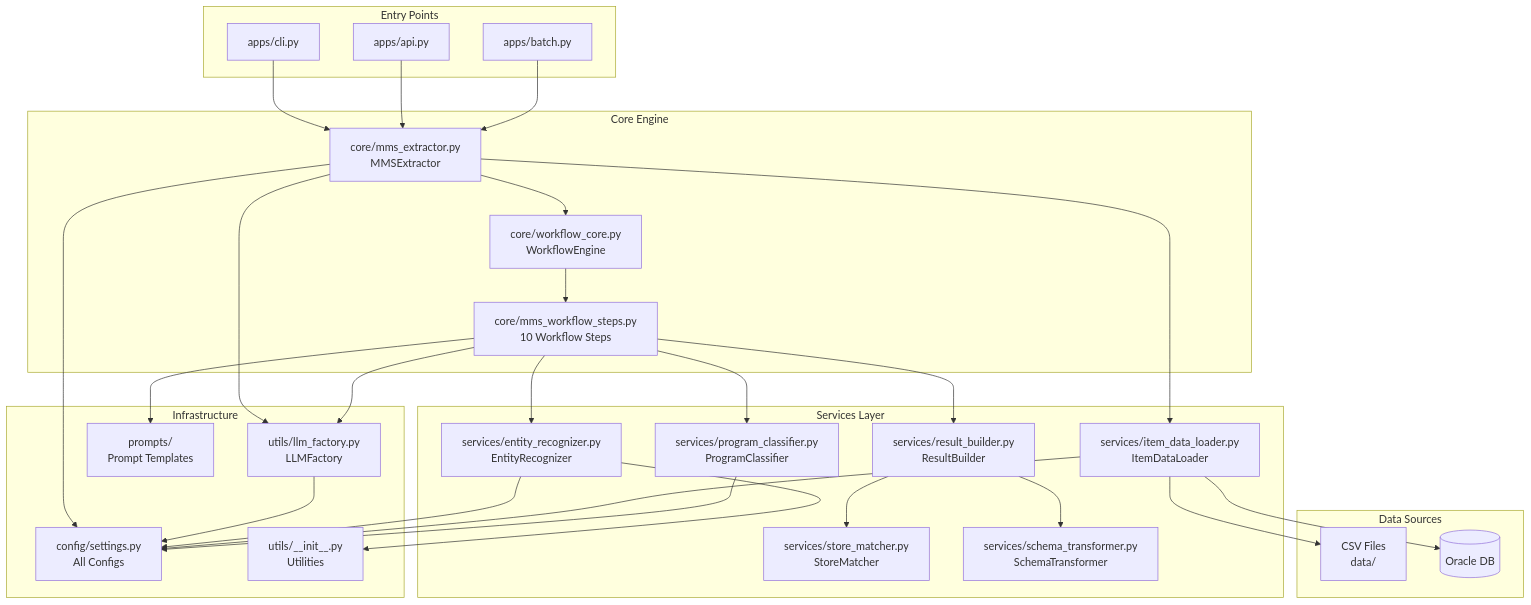
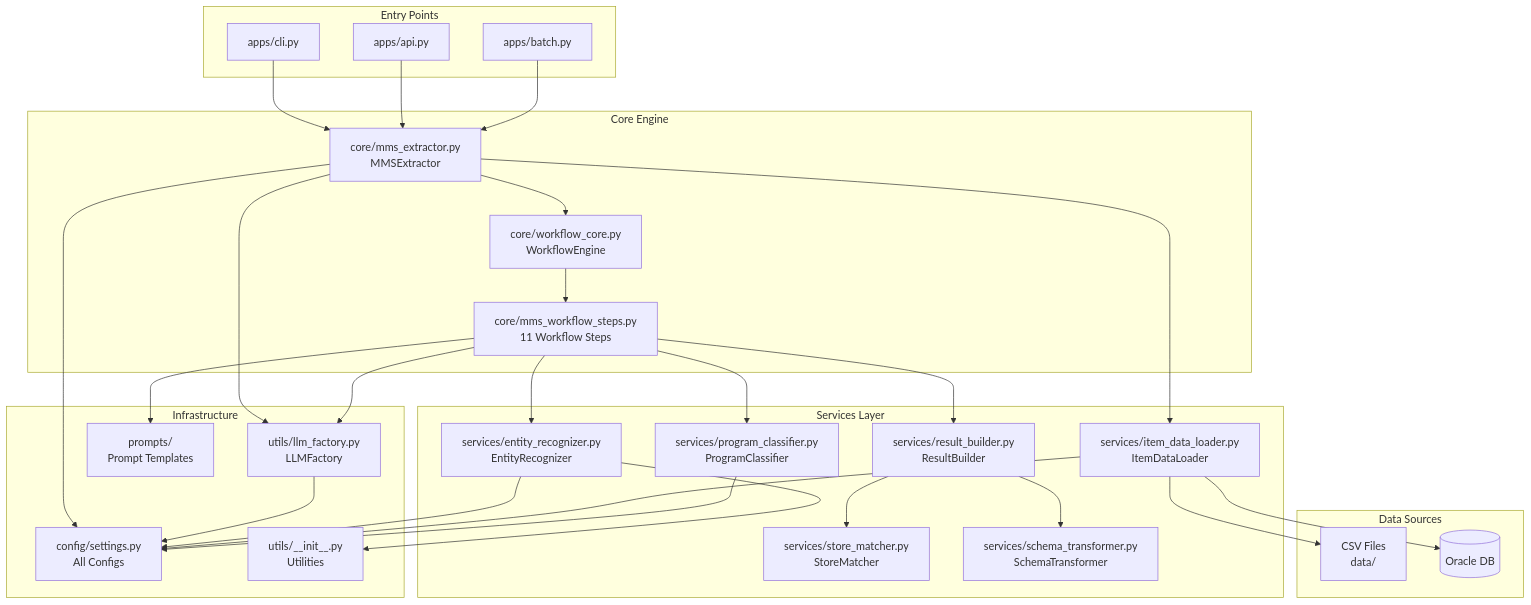
One commit to yonggoghi/AgenticWorkflow changed the diagram in mms_extractor_exp/docs/QUICK_REFERENCE.md. Above: the diagram before and after it, drawn with Mermaid. The commit also changed other lines of this file and 9 other files, not shown here.

````diff
--- a/mms_extractor_exp/docs/QUICK_REFERENCE.md
+++ b/mms_extractor_exp/docs/QUICK_REFERENCE.md
@@ -55,67 +55,67 @@
 ```mermaid
 graph TB
     subgraph "Entry Points"
         CLI[apps/cli.py]
         API[apps/api.py]
         BATCH[apps/batch.py]
     end
     
     subgraph "Core Engine"
         MMSExtractor[core/mms_extractor.py<br/>MMSExtractor]
         WorkflowEngine[core/workflow_core.py<br/>WorkflowEngine]
-        WorkflowSteps[core/mms_workflow_steps.py<br/>10 Workflow Steps]
+        WorkflowSteps[core/mms_workflow_steps.py<br/>11 Workflow Steps]
     end
     
     subgraph "Services Layer"
         EntityRecognizer[services/entity_recognizer.py<br/>EntityRecognizer]
         ResultBuilder[services/result_builder.py<br/>ResultBuilder]
         ProgramClassifier[services/program_classifier.py<br/>ProgramClassifier]
         StoreMatcher[services/store_matcher.py<br/>StoreMatcher]
         ItemDataLoader[services/item_data_loader.py<br/>ItemDataLoader]
         SchemaTransformer[services/schema_transformer.py<br/>SchemaTransformer]
     end
     
     subgraph "Infrastructure"
         LLMFactory[utils/llm_factory.py<br/>LLMFactory]
         Config[config/settings.py<br/>All Configs]
         Prompts[prompts/<br/>Prompt Templates]
         Utils[utils/__init__.py<br/>Utilities]
     end
     
     subgraph "Data Sources"
         CSV[CSV Files<br/>data/]
         DB[(Oracle DB)]
     end
     
     CLI --> MMSExtractor
     API --> MMSExtractor
     BATCH --> MMSExtractor
     
     MMSExtractor --> WorkflowEngine
     MMSExtractor --> ItemDataLoader
     MMSExtractor --> LLMFactory
     MMSExtractor --> Config
     
     WorkflowEngine --> WorkflowSteps
     
     WorkflowSteps --> EntityRecognizer
     WorkflowSteps --> ProgramClassifier
     WorkflowSteps --> ResultBuilder
     
     EntityRecognizer --> Utils
     EntityRecognizer --> Config
     
     ResultBuilder --> StoreMatcher
     ResultBuilder --> SchemaTransformer
     
     LLMFactory --> Config
     
     WorkflowSteps --> Prompts
     WorkflowSteps --> LLMFactory
     
     ItemDataLoader --> CSV
     ItemDataLoader --> DB
     ItemDataLoader --> Config
     
     ProgramClassifier --> Config
 ```
````
